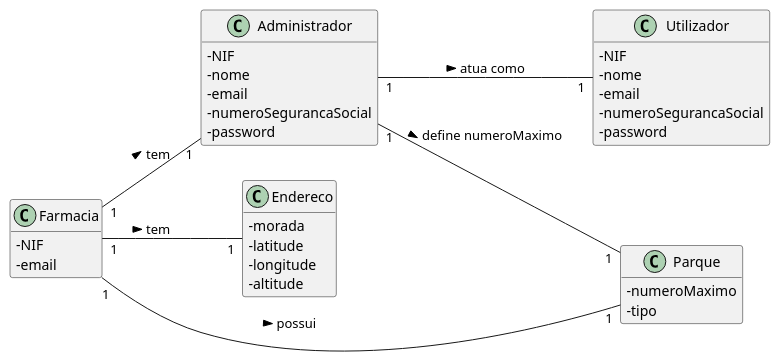
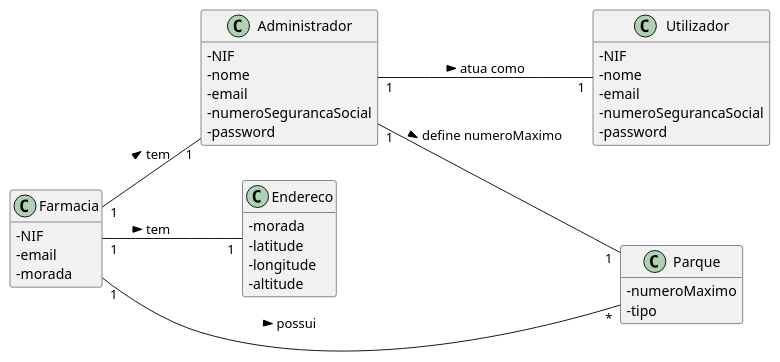
The diagram in docs/UC128/MD-REGISTAR FARMACIA.puml (pedrolemos4/LAPR3), drawn with PlantUML before and after one commit. The commit also changed 7 other files, not shown here.

```diff
--- a/docs/UC128/MD-REGISTAR FARMACIA.puml
+++ b/docs/UC128/MD-REGISTAR FARMACIA.puml
@@ -1,45 +1,46 @@
 @startuml
 skinparam classAttributeIconSize 0
 hide methods
 left to right direction
 
 class Farmacia {
   -NIF
   -email
+  -morada
 }
 
 class Utilizador {
   -NIF
   -nome
   -email
   -numeroSegurancaSocial
   -password
 }
 
 class Administrador {
   -NIF
   -nome
   -email
   -numeroSegurancaSocial
   -password
 }
 
 class Endereco {
   -morada
   -latitude
   -longitude
   -altitude
 }
 
 class Parque {
   -numeroMaximo
   -tipo
 }
 
 Administrador "1" -- "1" Utilizador: atua como >
 Administrador "1" -- "1" Parque: define numeroMaximo >
-Farmacia "1" -- "1" Parque: possui >
+Farmacia "1" -- "*" Parque: possui >
 Farmacia "1" -- "1" Endereco: tem >
 Farmacia "1" -- "1" Administrador: tem >
 
 @enduml
```
